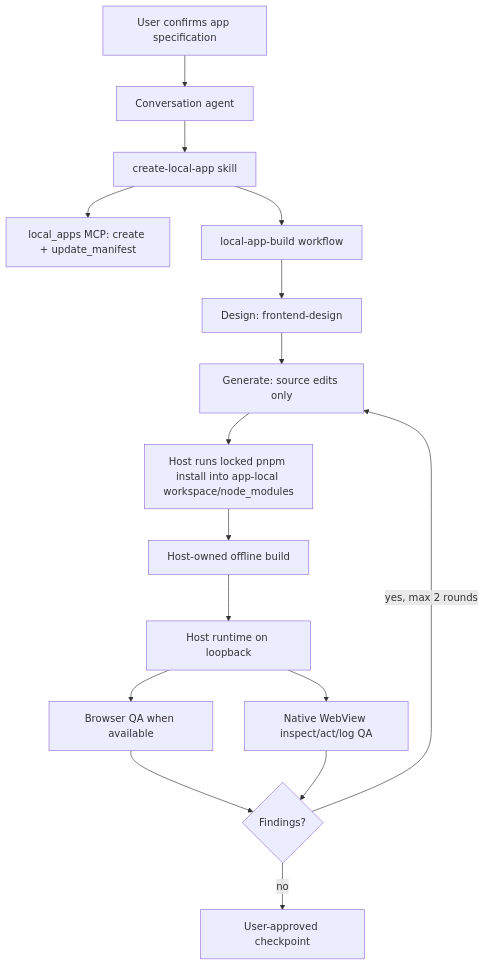
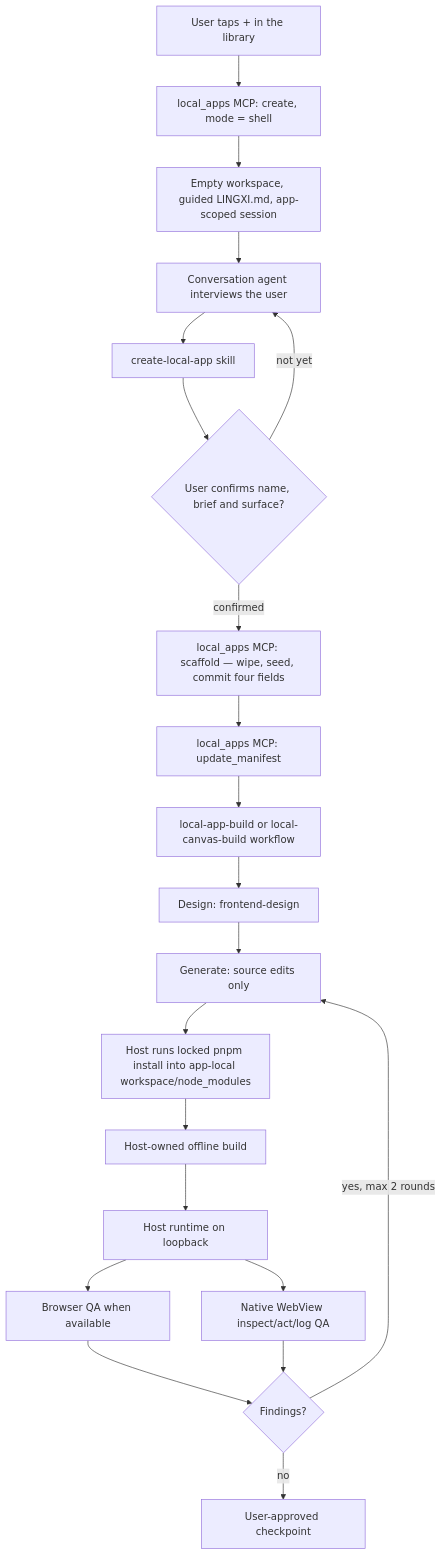
One commit to lingxi-coder/lingxi-app changed the diagram in docs/local-apps/HANDOFF.md. Above: the diagram before and after it, drawn with Mermaid. The commit also changed other lines of this file and 2 other files, not shown here.

````diff
--- a/docs/local-apps/HANDOFF.md
+++ b/docs/local-apps/HANDOFF.md
@@ -23,18 +26,23 @@
 ```mermaid
 flowchart TD
-    U["User confirms app specification"] --> C["Conversation agent"]
+    N["User taps + in the library"] --> SH["local_apps MCP: create, mode = shell"]
+    SH --> E["Empty workspace, guided LINGXI.md, app-scoped session"]
+    E --> C["Conversation agent interviews the user"]
     C --> S["create-local-app skill"]
-    S --> M["local_apps MCP: create + update_manifest"]
-    S --> W["local-app-build workflow"]
+    S --> K{"User confirms name, brief and surface?"}
+    K -->|"not yet"| C
+    K -->|"confirmed"| SC["local_apps MCP: scaffold — wipe, seed, commit four fields"]
+    SC --> M["local_apps MCP: update_manifest"]
+    M --> W["local-app-build or local-canvas-build workflow"]
     W --> D["Design: frontend-design"]
     D --> G["Generate: source edits only"]
     G --> I["Host runs locked pnpm install into app-local workspace/node_modules"]
     I --> B["Host-owned offline build"]
     B --> R["Host runtime on loopback"]
     R --> Q["Browser QA when available"]
     R --> V["Native WebView inspect/act/log QA"]
     Q --> F{"Findings?"}
     V --> F
     F -->|"yes, max 2 rounds"| G
     F -->|"no"| P["User-approved checkpoint"]
 ```
````
